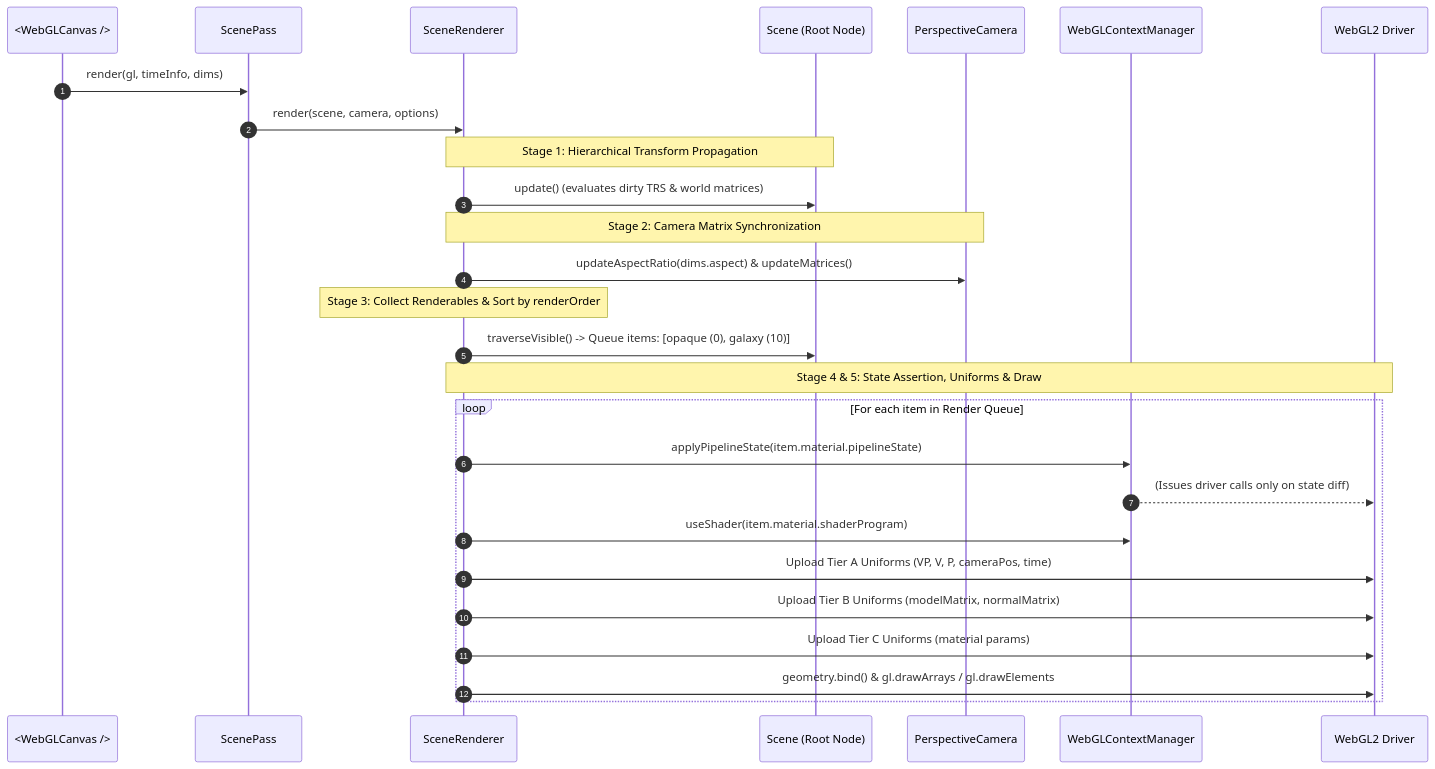
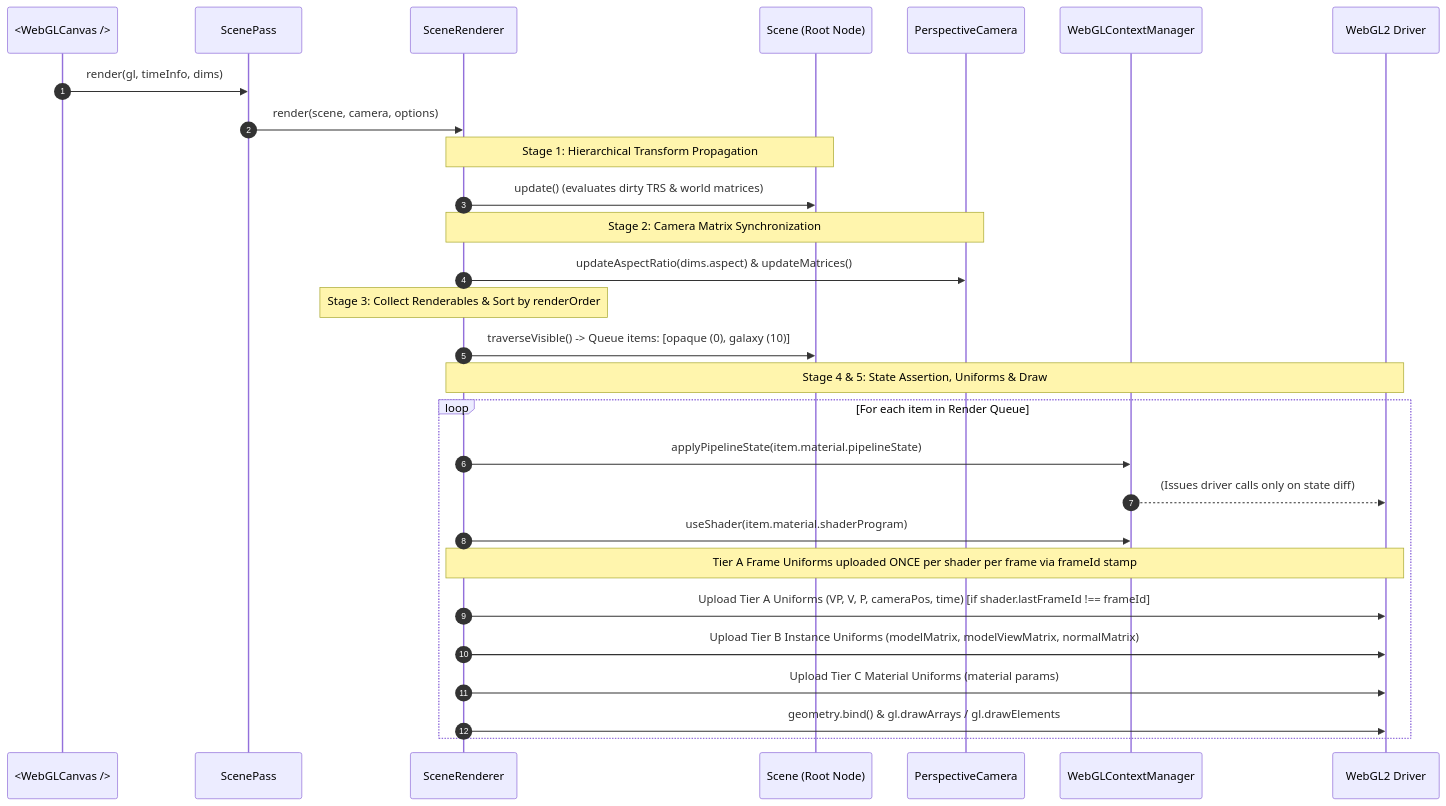
One commit to ReeseJones/website_reesedrjones changed the third of 3 diagrams in src/scene/renderer/scene_render_pipeline_design.md. Above: the diagram before and after it, drawn with Mermaid. The commit also changed other lines of this file and 11 other files, not shown here.

Commit message:
feat(scene): extend Scene from SceneNode, support activeCamera fallback, and synchronize Tier A uniforms

````diff
--- a/src/scene/renderer/scene_render_pipeline_design.md
+++ b/src/scene/renderer/scene_render_pipeline_design.md
@@ -110,34 +110,35 @@
 ```mermaid
 sequenceDiagram
     autonumber
     participant Canvas as <WebGLCanvas />
     participant Pass as ScenePass
     participant Renderer as SceneRenderer
     participant Scene as Scene (Root Node)
     participant Camera as PerspectiveCamera
     participant Manager as WebGLContextManager
     participant GPU as WebGL2 Driver
 
     Canvas->>Pass: render(gl, timeInfo, dims)
     Pass->>Renderer: render(scene, camera, options)
     
     Note over Renderer, Scene: Stage 1: Hierarchical Transform Propagation
     Renderer->>Scene: update() (evaluates dirty TRS & world matrices)
     
     Note over Renderer, Camera: Stage 2: Camera Matrix Synchronization
     Renderer->>Camera: updateAspectRatio(dims.aspect) & updateMatrices()
     
     Note over Renderer: Stage 3: Collect Renderables & Sort by renderOrder
     Renderer->>Scene: traverseVisible() -> Queue items: [opaque (0), galaxy (10)]
     
     Note over Renderer, GPU: Stage 4 & 5: State Assertion, Uniforms & Draw
     loop For each item in Render Queue
         Renderer->>Manager: applyPipelineState(item.material.pipelineState)
         Manager-->>GPU: (Issues driver calls only on state diff)
         Renderer->>Manager: useShader(item.material.shaderProgram)
-        Renderer->>GPU: Upload Tier A Uniforms (VP, V, P, cameraPos, time)
-        Renderer->>GPU: Upload Tier B Uniforms (modelMatrix, normalMatrix)
-        Renderer->>GPU: Upload Tier C Uniforms (material params)
+        Note over Renderer, GPU: Tier A Frame Uniforms uploaded ONCE per shader per frame via frameId stamp
+        Renderer->>GPU: Upload Tier A Uniforms (VP, V, P, cameraPos, time) [if shader.lastFrameId !== frameId]
+        Renderer->>GPU: Upload Tier B Instance Uniforms (modelMatrix, modelViewMatrix, normalMatrix)
+        Renderer->>GPU: Upload Tier C Material Uniforms (material params)
         Renderer->>GPU: geometry.bind() & gl.drawArrays / gl.drawElements
     end
 ```
````
